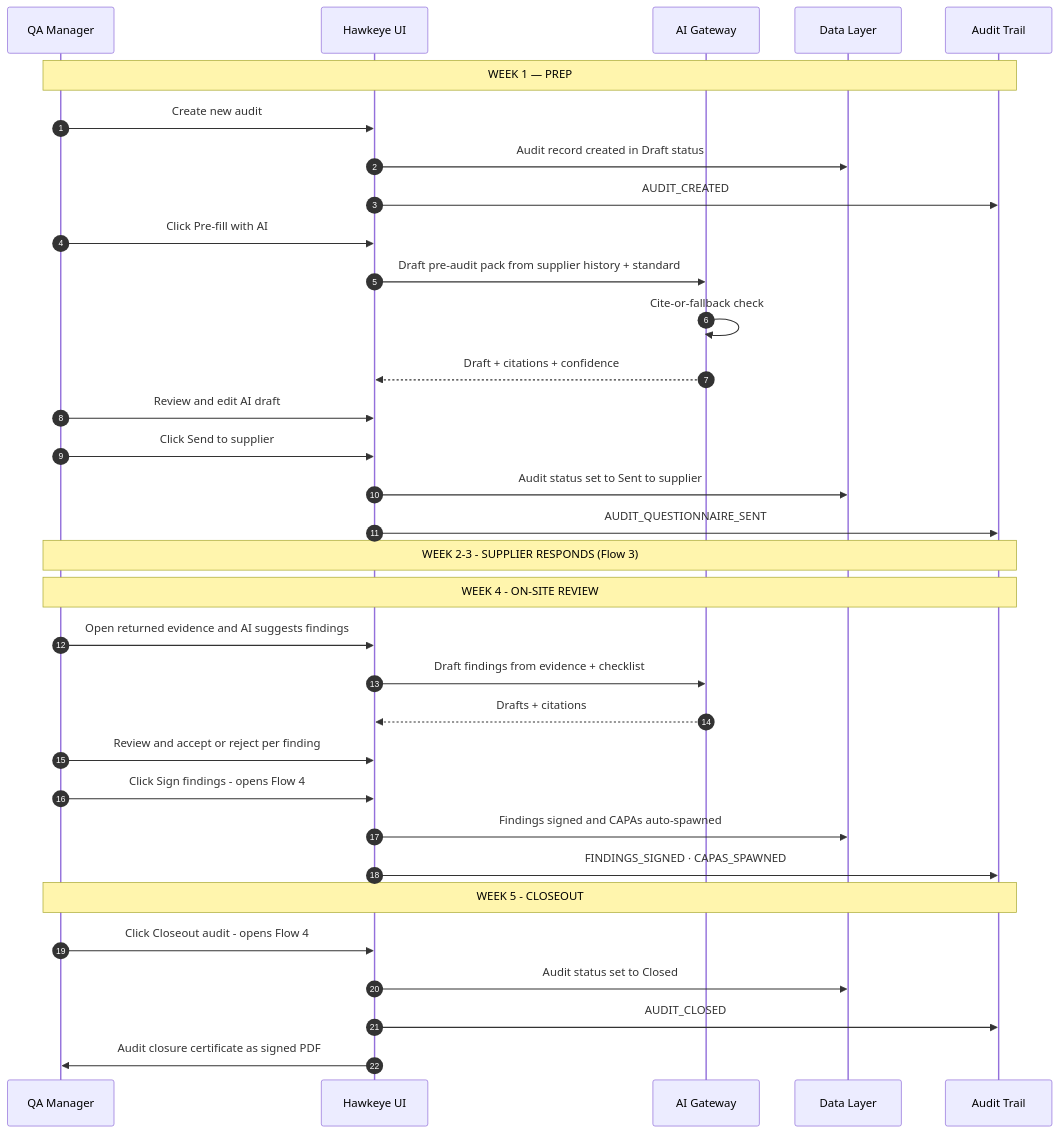
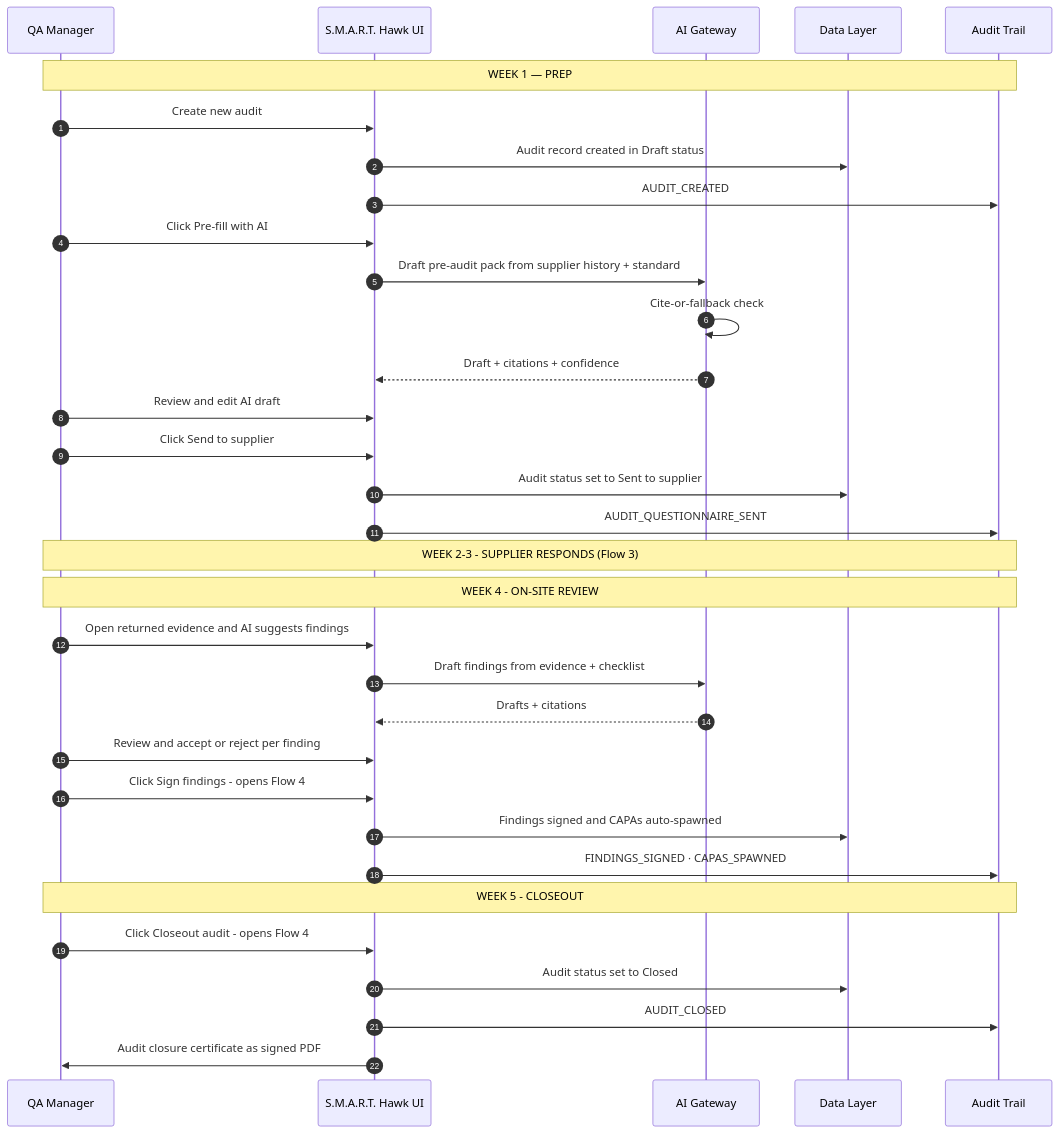
The second of 9 diagrams in 05-design/flows/USER-FLOWS.md (hawkeyetransact-dotcom/doc_v2), drawn with Mermaid before and after one commit. The commit also changed other lines of this file and 105 other files, not shown here.

First line of the commit message:
Rebrand docs: Hawkeye -> S.M.A.R.T. Hawk; S.M.A.R.T. five-pillar pipeline

````diff
--- a/05-design/flows/USER-FLOWS.md
+++ b/05-design/flows/USER-FLOWS.md
@@ -95,39 +95,39 @@
 ```mermaid
 sequenceDiagram
     autonumber
     participant QM as QA Manager
-    participant FE as Hawkeye UI
+    participant FE as S.M.A.R.T. Hawk UI
     participant AI as AI Gateway
     participant DB as Data Layer
     participant AT as Audit Trail
 
     Note over QM,AT: WEEK 1 — PREP
     QM->>FE: Create new audit
     FE->>DB: Audit record created in Draft status
     FE->>AT: AUDIT_CREATED
     QM->>FE: Click Pre-fill with AI
     FE->>AI: Draft pre-audit pack from supplier history + standard
     AI->>AI: Cite-or-fallback check
     AI-->>FE: Draft + citations + confidence
     QM->>FE: Review and edit AI draft
     QM->>FE: Click Send to supplier
     FE->>DB: Audit status set to Sent to supplier
     FE->>AT: AUDIT_QUESTIONNAIRE_SENT
 
     Note over QM,AT: WEEK 2-3 - SUPPLIER RESPONDS (Flow 3)
 
     Note over QM,AT: WEEK 4 - ON-SITE REVIEW
     QM->>FE: Open returned evidence and AI suggests findings
     FE->>AI: Draft findings from evidence + checklist
     AI-->>FE: Drafts + citations
     QM->>FE: Review and accept or reject per finding
     QM->>FE: Click Sign findings - opens Flow 4
     FE->>DB: Findings signed and CAPAs auto-spawned
     FE->>AT: FINDINGS_SIGNED · CAPAS_SPAWNED
 
     Note over QM,AT: WEEK 5 - CLOSEOUT
     QM->>FE: Click Closeout audit - opens Flow 4
     FE->>DB: Audit status set to Closed
     FE->>AT: AUDIT_CLOSED
     FE->>QM: Audit closure certificate as signed PDF
 ```
````
